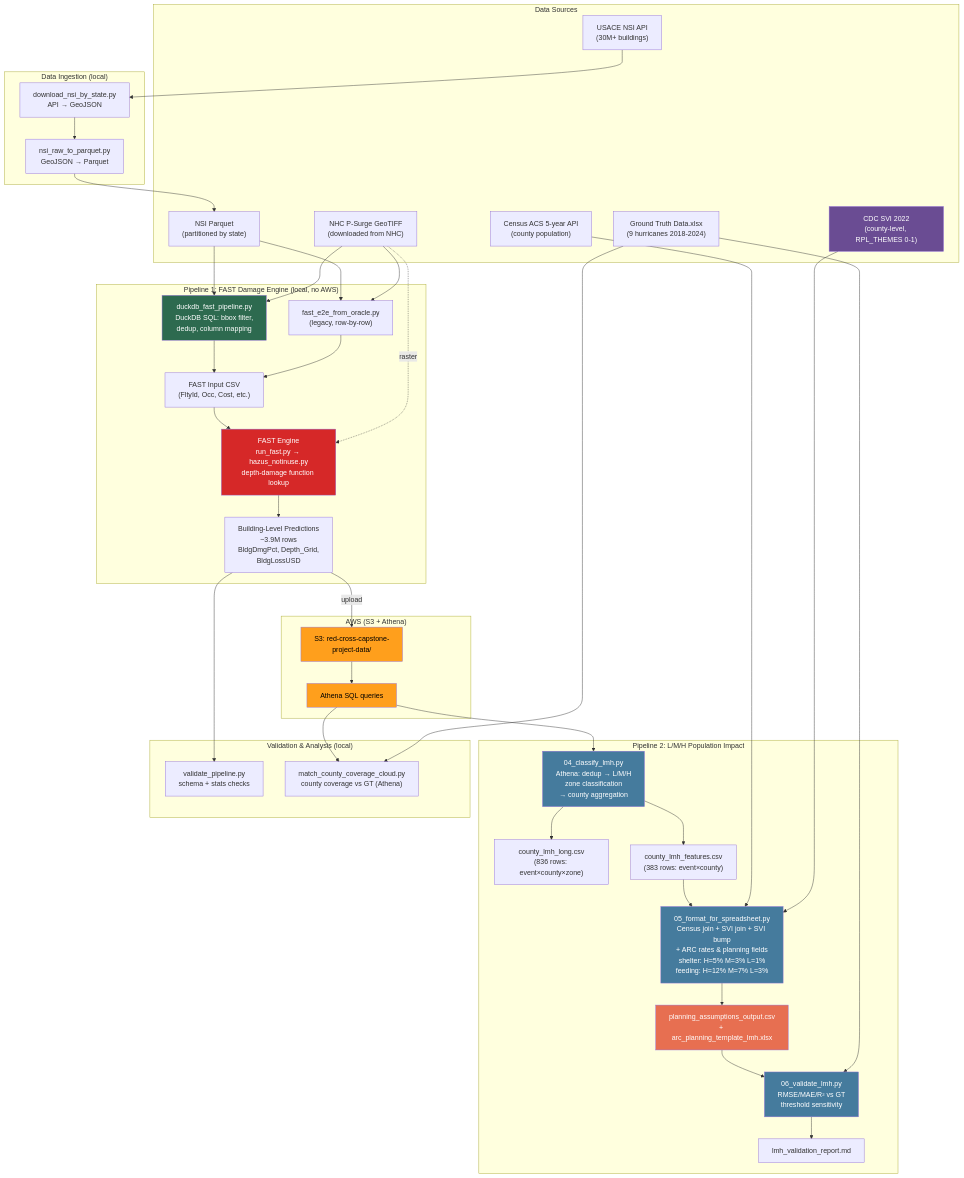
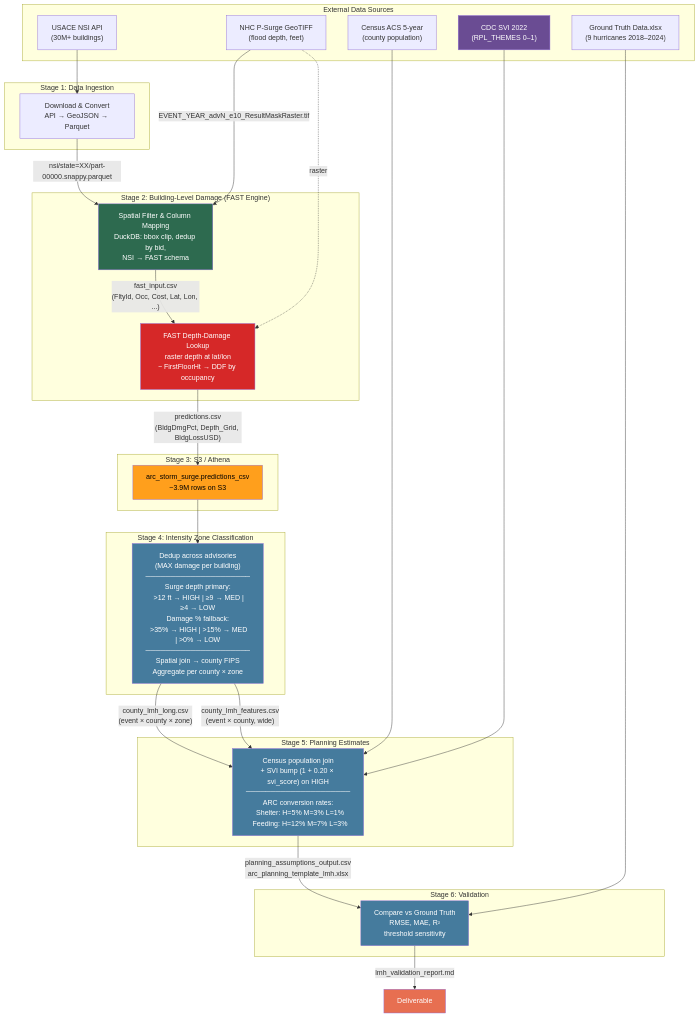
One commit to alexj11324/ARC_Capstone changed the diagram in docs/architecture/e2e_pipeline.md. Above: the diagram before and after it, drawn with Mermaid. The commit also changed other lines of this file, not shown here.

Commit message:
docs: rewrite e2e pipeline diagram for clarity
Replace script-centric diagram with business-logic-oriented flow.
Edges now show output file names, nodes describe transformations.
Remove legacy pipeline noise, add classification thresholds and
ARC conversion rates, fix disconnected county_lmh_long.csv node.

````diff
--- a/docs/architecture/e2e_pipeline.md
+++ b/docs/architecture/e2e_pipeline.md
@@ -3,92 +3,62 @@
 ```mermaid
 graph TD
-    subgraph Data Sources
+    subgraph "External Data Sources"
         NSI_API["USACE NSI API<br/>(30M+ buildings)"]
-        NHC["NHC P-Surge GeoTIFF<br/>(downloaded from NHC)"]
-        NSI_PARQUET["NSI Parquet<br/>(partitioned by state)"]
-        CENSUS["Census ACS 5-year API<br/>(county population)"]
-        SVI["CDC SVI 2022<br/>(county-level, RPL_THEMES 0-1)"]
-        GT["Ground Truth Data.xlsx<br/>(9 hurricanes 2018-2024)"]
+        NHC["NHC P-Surge GeoTIFF<br/>(flood depth, feet)"]
+        CENSUS["Census ACS 5-year<br/>(county population)"]
+        SVI["CDC SVI 2022<br/>(RPL_THEMES 0–1)"]
+        GT["Ground Truth Data.xlsx<br/>(9 hurricanes 2018–2024)"]
     end
 
-    subgraph "Data Ingestion (local)"
-        DL["download_nsi_by_state.py<br/>API → GeoJSON"]
-        CONVERT["nsi_raw_to_parquet.py<br/>GeoJSON → Parquet"]
+    subgraph "Stage 1: Data Ingestion"
+        INGEST["Download & Convert<br/>API → GeoJSON → Parquet"]
     end
 
-    subgraph "Pipeline 1: FAST Damage Engine (local, no AWS)"
-        DUCKDB["duckdb_fast_pipeline.py<br/>DuckDB SQL: bbox filter,<br/>dedup, column mapping"]
-        LEGACY["fast_e2e_from_oracle.py<br/>(legacy, row-by-row)"]
-        FAST_CSV["FAST Input CSV<br/>(FltyId, Occ, Cost, etc.)"]
-        FAST["FAST Engine<br/>run_fast.py → hazus_notinuse.py<br/>depth-damage function lookup"]
-        PREDICTIONS["Building-Level Predictions<br/>~3.9M rows<br/>BldgDmgPct, Depth_Grid,<br/>BldgLossUSD"]
+    subgraph "Stage 2: Building-Level Damage (FAST Engine)"
+        PREP["Spatial Filter & Column Mapping<br/>DuckDB: bbox clip, dedup by bid,<br/>NSI → FAST schema"]
+        FAST["FAST Depth-Damage Lookup<br/>raster depth at lat/lon<br/>− FirstFloorHt → DDF by occupancy"]
     end
 
-    subgraph "AWS (S3 + Athena)"
-        S3["S3: red-cross-capstone-<br/>project-data/"]
-        ATHENA["Athena SQL queries"]
+    subgraph "Stage 3: S3 / Athena"
+        S3_ATHENA["arc_storm_surge.predictions_csv<br/>~3.9M rows on S3"]
     end
 
-    subgraph "Pipeline 2: L/M/H Population Impact"
-        LMH_04["04_classify_lmh.py<br/>Athena: dedup → L/M/H<br/>zone classification<br/>→ county aggregation"]
-        FMT_05["05_format_for_spreadsheet.py<br/>Census join + SVI join + SVI bump<br/>+ ARC rates & planning fields<br/>shelter: H=5% M=3% L=1%<br/>feeding: H=12% M=7% L=3%"]
-        VAL_06["06_validate_lmh.py<br/>RMSE/MAE/R² vs GT<br/>threshold sensitivity"]
-        LMH_LONG["county_lmh_long.csv<br/>(836 rows: event×county×zone)"]
-        LMH_WIDE["county_lmh_features.csv<br/>(383 rows: event×county)"]
-        PLANNING["planning_assumptions_output.csv<br/>+ arc_planning_template_lmh.xlsx"]
-        REPORT["lmh_validation_report.md"]
+    subgraph "Stage 4: Intensity Zone Classification"
+        CLASSIFY["Dedup across advisories<br/>(MAX damage per building)<br/>─────────────────────<br/>Surge depth primary:<br/>  >12 ft → HIGH | ≥9 → MED | ≥4 → LOW<br/>Damage % fallback:<br/>  >35% → HIGH | >15% → MED | >0% → LOW<br/>─────────────────────<br/>Spatial join → county FIPS<br/>Aggregate per county × zone"]
     end
 
-    subgraph "Validation & Analysis (local)"
-        VALIDATE["validate_pipeline.py<br/>schema + stats checks"]
-        MATCH["match_county_coverage_cloud.py<br/>county coverage vs GT (Athena)"]
+    subgraph "Stage 5: Planning Estimates"
+        PLAN["Census population join<br/>+ SVI bump (1 + 0.20 × svi_score) on HIGH<br/>─────────────────────<br/>ARC conversion rates:<br/>  Shelter: H=5% M=3% L=1%<br/>  Feeding: H=12% M=7% L=3%"]
     end
 
-    %% Data Ingestion
-    NSI_API --> DL
-    DL --> CONVERT
-    CONVERT --> NSI_PARQUET
+    subgraph "Stage 6: Validation"
+        VALIDATE["Compare vs Ground Truth<br/>RMSE, MAE, R²<br/>threshold sensitivity"]
+    end
 
-    %% Pipeline 1
-    NSI_PARQUET --> DUCKDB
-    NSI_PARQUET --> LEGACY
-    NHC --> DUCKDB
-    NHC --> LEGACY
-    DUCKDB --> FAST_CSV
-    LEGACY --> FAST_CSV
-    FAST_CSV --> FAST
+    %% Data flow with output artifacts on edges
+    NSI_API --> INGEST
+    INGEST -->|"nsi/state=XX/part-00000.snappy.parquet"| PREP
+    NHC -->|"EVENT_YEAR_advN_e10_ResultMaskRaster.tif"| PREP
     NHC -.->|raster| FAST
-    FAST --> PREDICTIONS
+    PREP -->|"fast_input.csv<br/>(FltyId, Occ, Cost, Lat, Lon, ...)"| FAST
+    FAST -->|"predictions.csv<br/>(BldgDmgPct, Depth_Grid, BldgLossUSD)"| S3_ATHENA
 
-    %% Upload to S3
-    PREDICTIONS -->|upload| S3
-    S3 --> ATHENA
-
-    %% Pipeline 2 (L/M/H)
-    ATHENA --> LMH_04
-    LMH_04 --> LMH_LONG
-    LMH_04 --> LMH_WIDE
-    LMH_WIDE --> FMT_05
-    CENSUS --> FMT_05
-    SVI --> FMT_05
-    FMT_05 --> PLANNING
-    PLANNING --> VAL_06
-    GT --> VAL_06
-    VAL_06 --> REPORT
-
-    %% Validation
-    PREDICTIONS --> VALIDATE
-    ATHENA --> MATCH
-    GT --> MATCH
+    S3_ATHENA --> CLASSIFY
+    CLASSIFY -->|"county_lmh_long.csv<br/>(event × county × zone)"| PLAN
+    CLASSIFY -->|"county_lmh_features.csv<br/>(event × county, wide)"| PLAN
+    CENSUS --> PLAN
+    SVI --> PLAN
+    PLAN -->|"planning_assumptions_output.csv<br/>arc_planning_template_lmh.xlsx"| VALIDATE
+    GT --> VALIDATE
+    VALIDATE -->|"lmh_validation_report.md"| DONE["Deliverable"]
 
     %% Styling
-    style DUCKDB fill:#2d6a4f,color:#fff
+    style PREP fill:#2d6a4f,color:#fff
     style FAST fill:#d62828,color:#fff
-    style LMH_04 fill:#457b9d,color:#fff
-    style FMT_05 fill:#457b9d,color:#fff
-    style VAL_06 fill:#457b9d,color:#fff
+    style S3_ATHENA fill:#ff9f1c,color:#000
+    style CLASSIFY fill:#457b9d,color:#fff
+    style PLAN fill:#457b9d,color:#fff
+    style VALIDATE fill:#457b9d,color:#fff
     style SVI fill:#6a4c93,color:#fff
-    style PLANNING fill:#e76f51,color:#fff
-    style S3 fill:#ff9f1c,color:#000
-    style ATHENA fill:#ff9f1c,color:#000
+    style DONE fill:#e76f51,color:#fff
 ```
````
